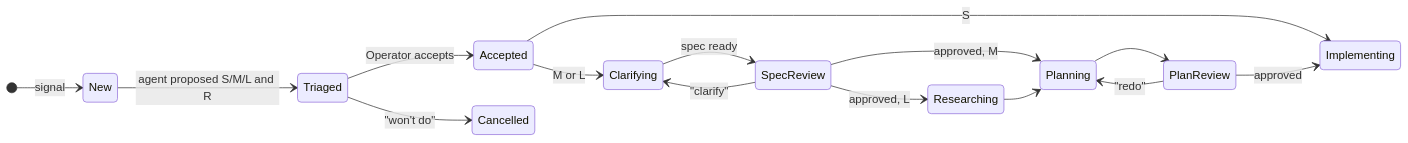
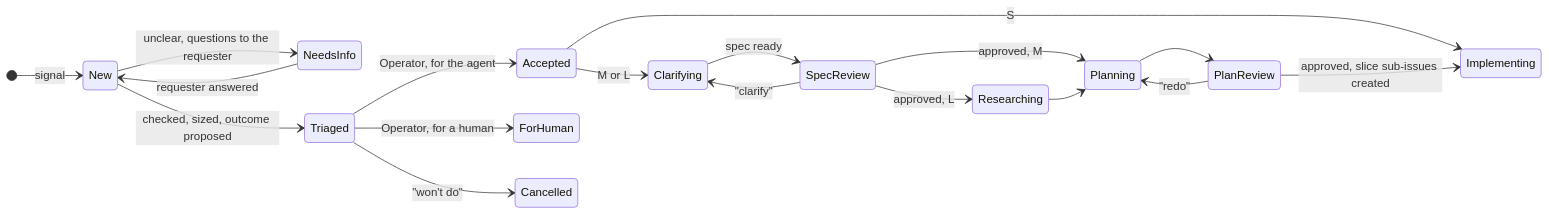
The first of 2 diagrams in deck/slides.md (redikultsev/agentic-sdlc-atlas), drawn with Mermaid before and after one commit. The commit also changed other lines of this file and 12 other files, not shown here.

Commit message:
model: slices as tracker sub-issues on a frontier, richer Triage (NeedsInfo, ForHuman); decisions 16-18 from Pocock's skills

````diff
--- a/deck/slides.md
+++ b/deck/slides.md
@@ -271,18 +271,21 @@
 ```mermaid {scale: 0.42}
 stateDiagram-v2
   direction LR
   [*] --> New: signal
-  New --> Triaged: agent proposed S/M/L and R
-  Triaged --> Accepted: Operator accepts
+  New --> NeedsInfo: unclear, questions to the requester
+  NeedsInfo --> New: requester answered
+  New --> Triaged: checked, sized, outcome proposed
+  Triaged --> Accepted: Operator, for the agent
+  Triaged --> ForHuman: Operator, for a human
   Triaged --> Cancelled: "won't do"
   Accepted --> Implementing: S
   Accepted --> Clarifying: M or L
   Clarifying --> SpecReview: spec ready
   SpecReview --> Clarifying: "clarify"
   SpecReview --> Researching: approved, L
   SpecReview --> Planning: approved, M
   Researching --> Planning
   Planning --> PlanReview
   PlanReview --> Planning: "redo"
-  PlanReview --> Implementing: approved
+  PlanReview --> Implementing: approved, slice sub-issues created
 ```
````
